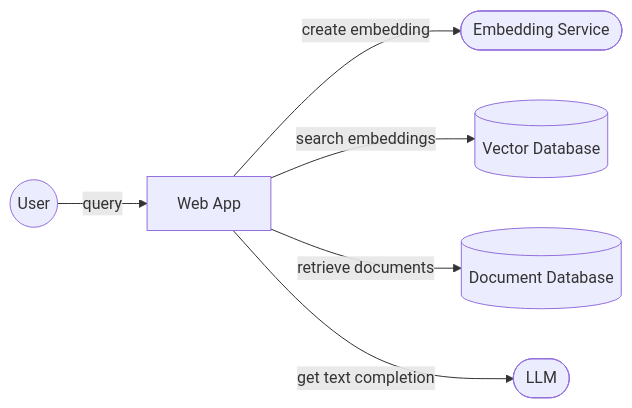
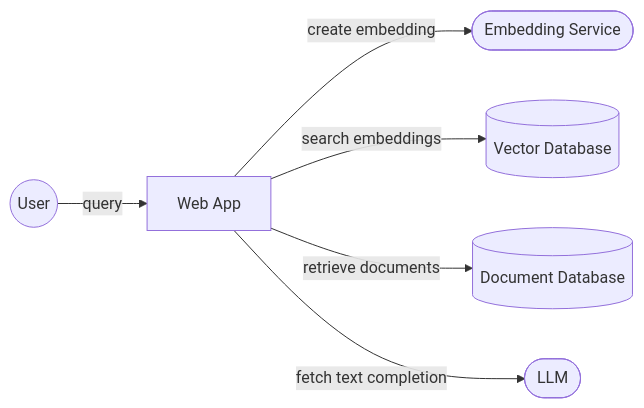
The third of 3 diagrams in README.md (initialcapacity/news-analyzer), drawn with Mermaid before and after one commit. The commit also changed 1 other file, not shown here.

Commit message:
Refactor app to match readme

````diff
--- a/README.md
+++ b/README.md
@@ -64,15 +64,15 @@
 ```mermaid
 flowchart LR
     embeddings([Embedding Service])
     user((User))
     app[Web App]
     vdb[(Vector Database)]
     db[(Document Database)]
     llm([LLM])
     
     user -- query --> app
     app -- create embedding --> embeddings
     app -- search embeddings --> vdb
     app -- retrieve documents --> db
-    app -- get text completion --> llm
+    app -- fetch text completion --> llm
 ```
````
